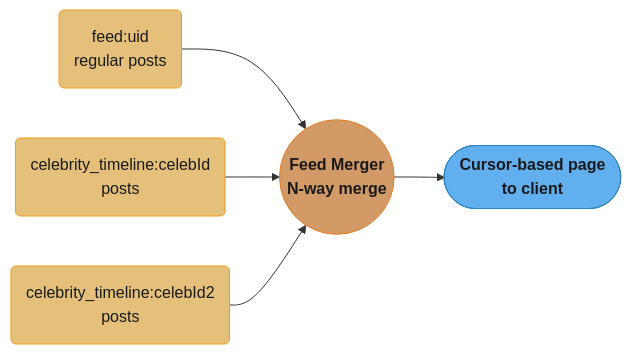
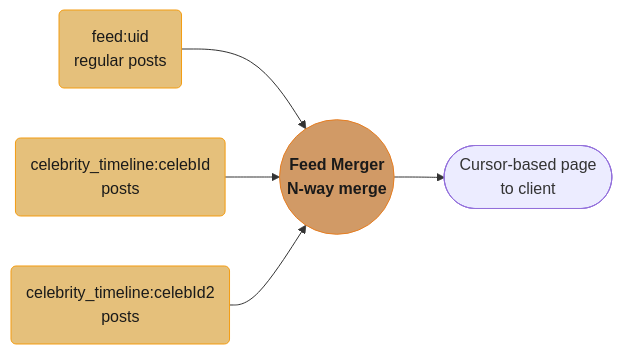
One commit to rppol/system-design changed the fourth of 6 diagrams in src/main/java/com/rutik/systemdesign/backend/case_studies/design_feed_service/design_feed_service.md. Above: the diagram before and after it, drawn with Mermaid. The commit also changed other lines of this file and 466 other files, not shown here.

````diff
--- a/src/main/java/com/rutik/systemdesign/backend/case_studies/design_feed_service/design_feed_service.md
+++ b/src/main/java/com/rutik/systemdesign/backend/case_studies/design_feed_service/design_feed_service.md
@@ -110,19 +269,18 @@
 ```mermaid
 flowchart LR
     classDef io      fill:#61afef,stroke:#2e86c1,color:#1a1a1a,font-weight:bold
     classDef frozen  fill:#c678dd,stroke:#9b59b6,color:#fff
     classDef train   fill:#98c379,stroke:#27ae60,color:#1a1a1a
     classDef mathOp  fill:#d19a66,stroke:#e67e22,color:#1a1a1a,font-weight:bold
     classDef lossN   fill:#e06c75,stroke:#c0392b,color:#fff,font-weight:bold
     classDef req     fill:#56b6c2,stroke:#0097a7,color:#1a1a1a
     classDef base    fill:#e5c07b,stroke:#f39c12,color:#1a1a1a
 
     Feed(feed:uid<br/>regular posts) --> Merger((Feed Merger<br/>N-way merge))
     Celeb1(celebrity_timeline:celebId<br/>posts) --> Merger
     Celeb2(celebrity_timeline:celebId2<br/>posts) --> Merger
     Merger --> Page([Cursor-based page<br/>to client])
 
     class Feed,Celeb1,Celeb2 base
     class Merger mathOp
-    class Page io
 ```
````
